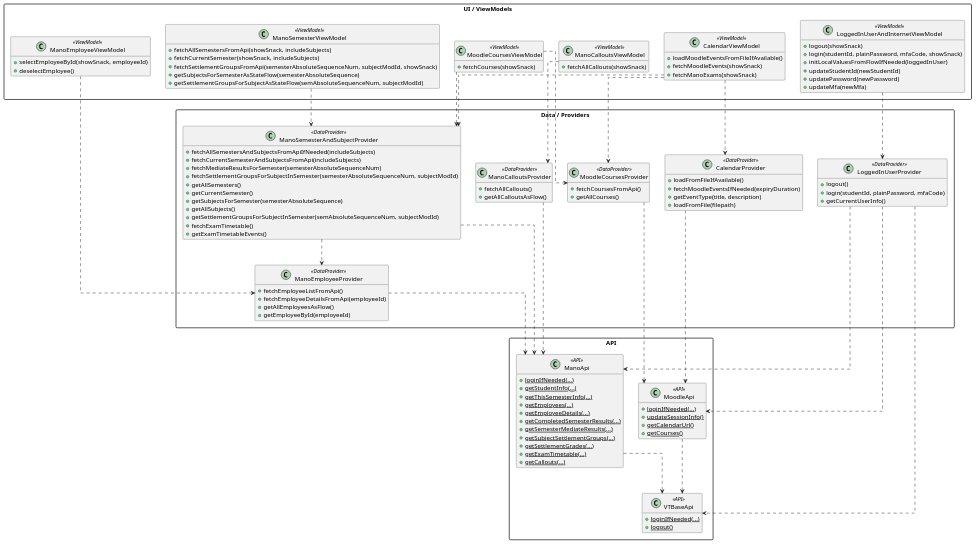
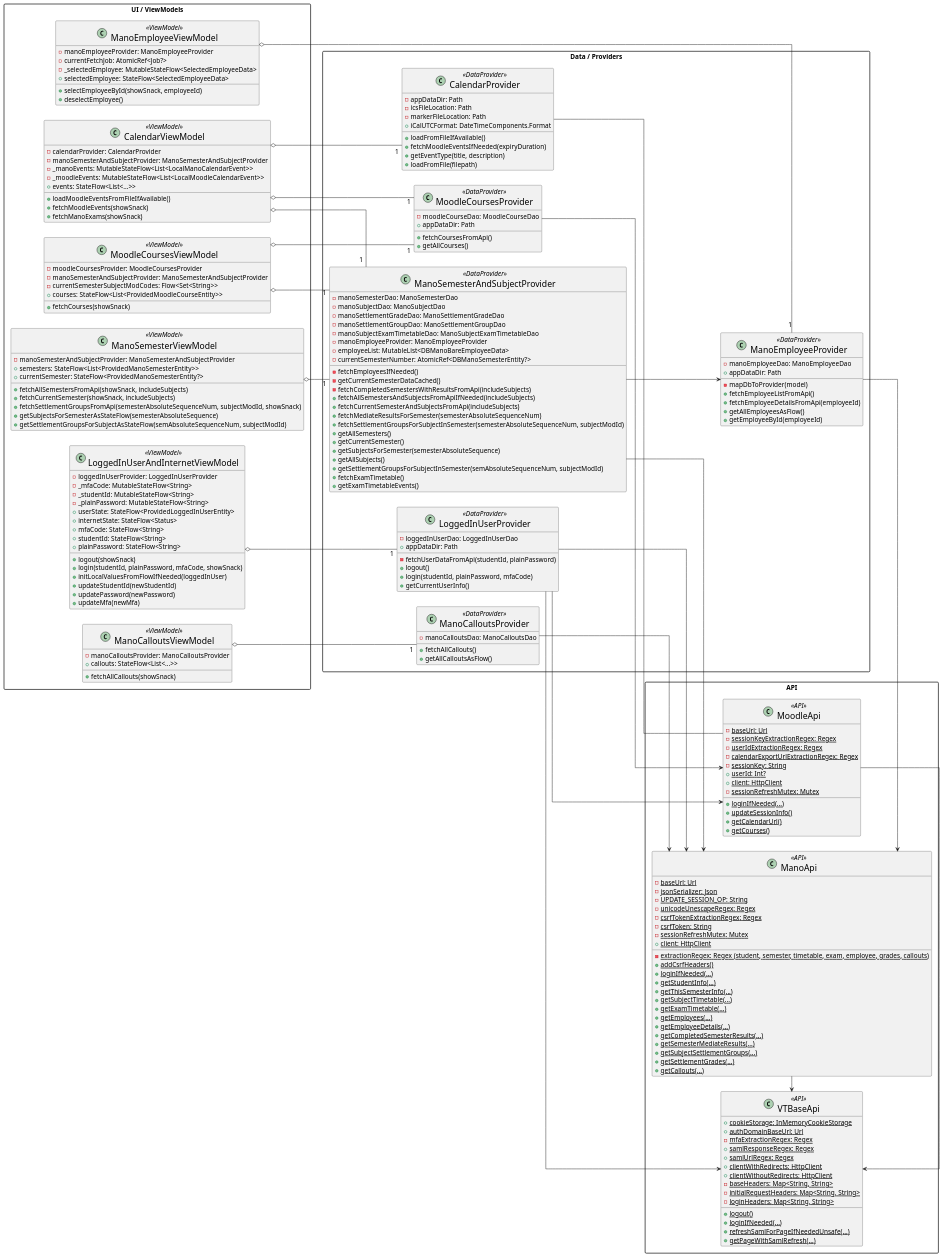
Before and after one commit to dgudim2/obsidian_vault: the diagram in uni/IT Project (Thesis)/other-diags/domain-class-diagram.puml, drawn with PlantUML. The commit also changed 8 other files, not shown here.

```diff
--- a/uni/IT Project (Thesis)/other-diags/domain-class-diagram.puml
+++ b/uni/IT Project (Thesis)/other-diags/domain-class-diagram.puml
@@ -1,14 +1,30 @@
 @startuml
 skinparam packageStyle rectangle
 skinparam linetype ortho
-hide empty members
+skinparam defaultFontSize 15
+skinparam classFontSize 20
+left to right direction
 package "UI / ViewModels" {
   class CalendarViewModel <<ViewModel>> {
+    -calendarProvider: CalendarProvider
+    -manoSemesterAndSubjectProvider: ManoSemesterAndSubjectProvider
+    -_manoEvents: MutableStateFlow<List<LocalManoCalendarEvent>>
+    -_moodleEvents: MutableStateFlow<List<LocalMoodleCalendarEvent>>
+    +events: StateFlow<List<...>>
     +loadMoodleEventsFromFileIfAvailable()
     +fetchMoodleEvents(showSnack)
     +fetchManoExams(showSnack)
   }
   class LoggedInUserAndInternetViewModel <<ViewModel>> {
+    -loggedInUserProvider: LoggedInUserProvider
+    -_mfaCode: MutableStateFlow<String>
+    -_studentId: MutableStateFlow<String>
+    -_plainPassword: MutableStateFlow<String>
+    +userState: StateFlow<ProvidedLoggedInUserEntity>
+    +internetState: StateFlow<Status>
+    +mfaCode: StateFlow<String>
+    +studentId: StateFlow<String>
+    +plainPassword: StateFlow<String>
     +logout(showSnack)
     +login(studentId, plainPassword, mfaCode, showSnack)
     +initLocalValuesFromFlowIfNeeded(loggedInUser)
@@ -17,10 +33,17 @@
     +updateMfa(newMfa)
   }
   class ManoEmployeeViewModel <<ViewModel>> {
+    -manoEmployeeProvider: ManoEmployeeProvider
+    -currentFetchJob: AtomicRef<Job?>
+    -_selectedEmployee: MutableStateFlow<SelectedEmployeeData>
+    +selectedEmployee: StateFlow<SelectedEmployeeData>
     +selectEmployeeById(showSnack, employeeId)
     +deselectEmployee()
   }
   class ManoSemesterViewModel <<ViewModel>> {
+    -manoSemesterAndSubjectProvider: ManoSemesterAndSubjectProvider
+    +semesters: StateFlow<List<ProvidedManoSemesterEntity>>
+    +currentSemester: StateFlow<ProvidedManoSemesterEntity?>
     +fetchAllSemestersFromApi(showSnack, includeSubjects)
     +fetchCurrentSemester(showSnack, includeSubjects)
     +fetchSettlementGroupsFromApi(semesterAbsoluteSequenceNum, subjectModId, showSnack)
@@ -28,31 +51,58 @@
     +getSettlementGroupsForSubjectAsStateFlow(semAbsoluteSequenceNum, subjectModId)
   }
   class MoodleCoursesViewModel <<ViewModel>> {
+    -moodleCoursesProvider: MoodleCoursesProvider
+    -manoSemesterAndSubjectProvider: ManoSemesterAndSubjectProvider
+    -currentSemesterSubjectModCodes: Flow<Set<String>>
+    +courses: StateFlow<List<ProvidedMoodleCourseEntity>>
     +fetchCourses(showSnack)
   }
   class ManoCalloutsViewModel <<ViewModel>> {
+    -manoCalloutsProvider: ManoCalloutsProvider
+    +callouts: StateFlow<List<...>>
     +fetchAllCallouts(showSnack)
   }
 }
 package "Data / Providers" {
   class CalendarProvider <<DataProvider>> {
+    -appDataDir: Path
+    -icsFileLocation: Path
+    -markerFileLocation: Path
+    +iCalUTCFormat: DateTimeComponents.Format
     +loadFromFileIfAvailable()
     +fetchMoodleEventsIfNeeded(expiryDuration)
     +getEventType(title, description)
     +loadFromFile(filepath)
   }
   class LoggedInUserProvider <<DataProvider>> {
+    -loggedInUserDao: LoggedInUserDao
+    +appDataDir: Path
+    -fetchUserDataFromApi(studentId, plainPassword)
     +logout()
     +login(studentId, plainPassword, mfaCode)
     +getCurrentUserInfo()
   }
   class ManoEmployeeProvider <<DataProvider>> {
+    -manoEmployeeDao: ManoEmployeeDao
+    +appDataDir: Path
+    -mapDbToProvider(model)
     +fetchEmployeeListFromApi()
     +fetchEmployeeDetailsFromApi(employeeId)
     +getAllEmployeesAsFlow()
     +getEmployeeById(employeeId)
   }
   class ManoSemesterAndSubjectProvider <<DataProvider>> {
+    -manoSemesterDao: ManoSemesterDao
+    -manoSubjectDao: ManoSubjectDao
+    -manoSettlementGradeDao: ManoSettlementGradeDao
+    -manoSettlementGroupDao: ManoSettlementGroupDao
+    -manoSubjectExamTimetableDao: ManoSubjectExamTimetableDao
+    -manoEmployeeProvider: ManoEmployeeProvider
+    -employeeList: MutableList<DBManoBareEmployeeData>
+    -currentSemesterNumber: AtomicRef<DBManoSemesterEntity?>
+    -fetchEmployeesIfNeeded()
+    -getCurrentSemesterDataCached()
+    -fetchCompletedSemestersWithResultsFromApi(includeSubjects)
     +fetchAllSemestersAndSubjectsFromApiIfNeeded(includeSubjects)
     +fetchCurrentSemesterAndSubjectsFromApi(includeSubjects)
     +fetchMediateResultsForSemester(semesterAbsoluteSequenceNum)
@@ -66,33 +116,67 @@
     +getExamTimetableEvents()
   }
   class MoodleCoursesProvider <<DataProvider>> {
+    -moodleCourseDao: MoodleCourseDao
+    +appDataDir: Path
     +fetchCoursesFromApi()
     +getAllCourses()
   }
   class ManoCalloutsProvider <<DataProvider>> {
+    -manoCalloutsDao: ManoCalloutsDao
     +fetchAllCallouts()
     +getAllCalloutsAsFlow()
   }
 }
 package "API" {
   class VTBaseApi <<API>> {
+    {static} +cookieStorage: InMemoryCookieStorage
+    {static} +authDomainBaseUrl: Url
+    {static} -mfaExtractionRegex: Regex
+    {static} +samlResponseRegex: Regex
+    {static} +samlUrlRegex: Regex
+    {static} +clientWithRedirects: HttpClient
+    {static} +clientWithoutRedirects: HttpClient
+    {static} -baseHeaders: Map<String, String>
+    {static} -initialRequestHeaders: Map<String, String>
+    {static} -loginHeaders: Map<String, String>
+    {static} +logout()
     {static} +loginIfNeeded(...)
-    {static} +logout()
+    {static} +refreshSamlForPageIfNeededUnsafe(...)
+    {static} +getPageWithSamlRefresh(...)
   }
   class ManoApi <<API>> {
+    {static} -baseUrl: Url
+    {static} -jsonSerializer: Json
+    {static} -UPDATE_SESSION_OP: String
+    {static} -unicodeUnescapeRegex: Regex
+    {static} -csrfTokenExtractionRegex: Regex
+    {static} -extractionRegex: Regex (student, semester, timetable, exam, employee, grades, callouts)
+    {static} -csrfToken: String
+    {static} -sessionRefreshMutex: Mutex
+    {static} +addCsrfHeaders()
     {static} +loginIfNeeded(...)
+    {static} +client: HttpClient
     {static} +getStudentInfo(...)
     {static} +getThisSemesterInfo(...)
+    {static} +getSubjectTimetable(...)
+    {static} +getExamTimetable(...)
     {static} +getEmployees(...)
     {static} +getEmployeeDetails(...)
     {static} +getCompletedSemesterResults(...)
     {static} +getSemesterMediateResults(...)
     {static} +getSubjectSettlementGroups(...)
     {static} +getSettlementGrades(...)
-    {static} +getExamTimetable(...)
     {static} +getCallouts(...)
   }
   class MoodleApi <<API>> {
+    {static} -baseUrl: Url
+    {static} -sessionKeyExtractionRegex: Regex
+    {static} -userIdExtractionRegex: Regex
+    {static} -calendarExportUrlExtractionRegex: Regex
+    {static} -sessionKey: String
+    {static} +userId: Int?
+    {static} +client: HttpClient
+    {static} -sessionRefreshMutex: Mutex
     {static} +loginIfNeeded(...)
     {static} +updateSessionInfo()
     {static} +getCalendarUrl()
@@ -100,27 +184,27 @@
   }
 }
 ' ViewModel -> Provider dependencies
-CalendarViewModel ..> CalendarProvider
-CalendarViewModel ..> MoodleCoursesProvider
-CalendarViewModel ..> ManoSemesterAndSubjectProvider
-LoggedInUserAndInternetViewModel ..> LoggedInUserProvider
-ManoEmployeeViewModel ..> ManoEmployeeProvider
-ManoSemesterViewModel ..> ManoSemesterAndSubjectProvider
-MoodleCoursesViewModel ..> MoodleCoursesProvider
-MoodleCoursesViewModel ..> ManoSemesterAndSubjectProvider
-ManoCalloutsViewModel ..> ManoCalloutsProvider
+CalendarViewModel o-- "1" CalendarProvider
+CalendarViewModel o-- "1" MoodleCoursesProvider
+CalendarViewModel o-- "1" ManoSemesterAndSubjectProvider
+LoggedInUserAndInternetViewModel o-- "1" LoggedInUserProvider
+ManoEmployeeViewModel o-- "1" ManoEmployeeProvider
+ManoSemesterViewModel o-- "1" ManoSemesterAndSubjectProvider
+MoodleCoursesViewModel o-- "1" MoodleCoursesProvider
+MoodleCoursesViewModel o-- "1" ManoSemesterAndSubjectProvider
+ManoCalloutsViewModel o-- "1" ManoCalloutsProvider
 ' Provider -> Provider dependencies
-ManoSemesterAndSubjectProvider ..> ManoEmployeeProvider
+ManoSemesterAndSubjectProvider --> ManoEmployeeProvider
 ' Provider -> API dependencies
-CalendarProvider ..> MoodleApi
-LoggedInUserProvider ..> VTBaseApi
-LoggedInUserProvider ..> ManoApi
-LoggedInUserProvider ..> MoodleApi
-ManoEmployeeProvider ..> ManoApi
-ManoSemesterAndSubjectProvider ..> ManoApi
-MoodleCoursesProvider ..> MoodleApi
-ManoCalloutsProvider ..> ManoApi
+CalendarProvider -- MoodleApi
+LoggedInUserProvider -r-> VTBaseApi
+LoggedInUserProvider -r-> ManoApi
+LoggedInUserProvider -r-> MoodleApi
+ManoEmployeeProvider -r-> ManoApi
+ManoSemesterAndSubjectProvider -r-> ManoApi
+MoodleCoursesProvider -r-> MoodleApi
+ManoCalloutsProvider -r-> ManoApi
 ' API -> API dependencies
-ManoApi ..> VTBaseApi
-MoodleApi ..> VTBaseApi
+ManoApi -r-> VTBaseApi
+MoodleApi -r-> VTBaseApi
 @enduml
```
